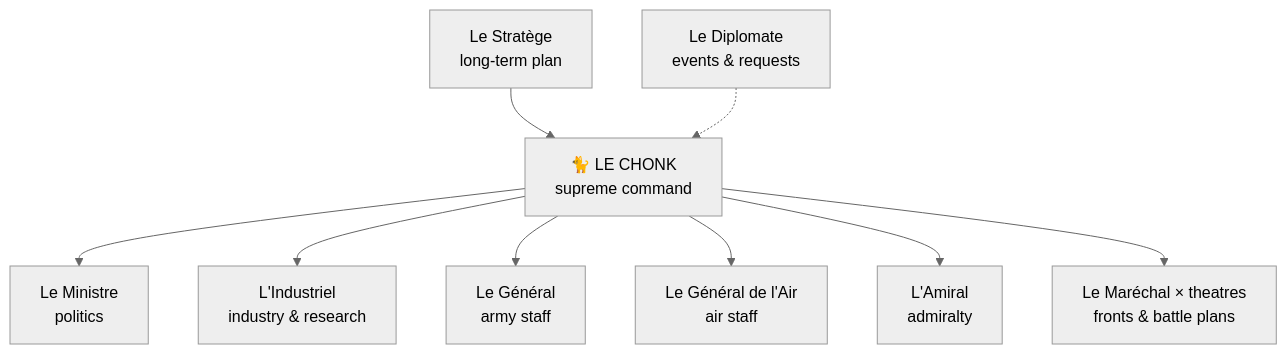
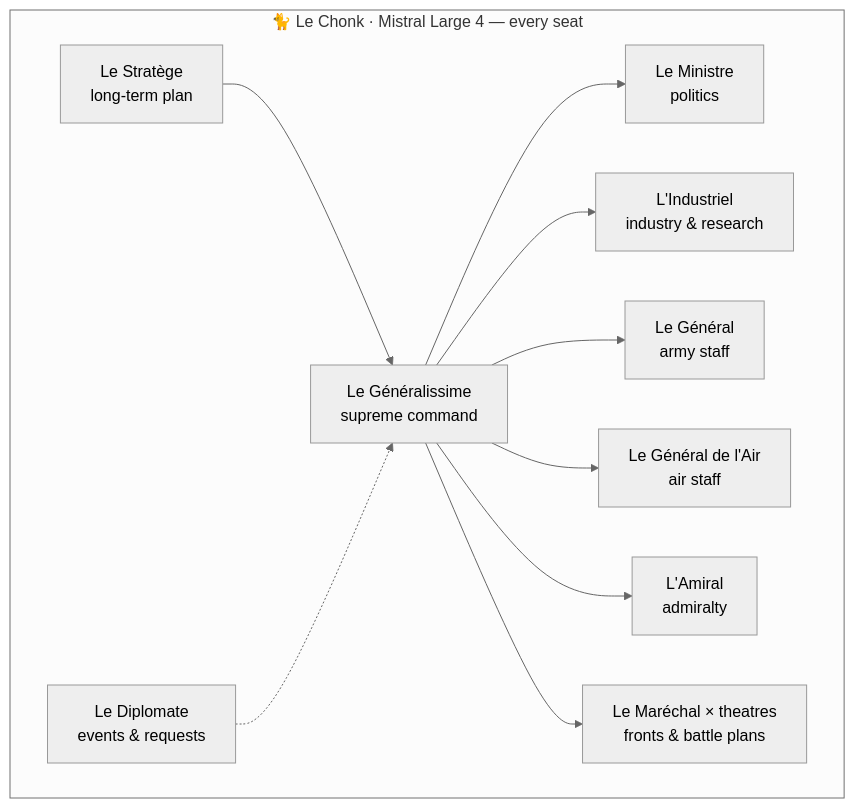
Before and after one commit to shefowl/le-chonk: the diagram in README.md, drawn with Mermaid (neutral theme). The commit also changed other lines of this file, not shown here.

Commit message:
README: HOI4 War Cabinet title; Le Chonk is the model in every seat
Le Chonk is Mistral's codename for Mistral Large 4 and it fills every
role, so the supreme command seat gets its own name (Le Généralissime)
and the cabinet diagram is framed as one model in every seat.

````diff
--- a/README.md
+++ b/README.md
@@ -39,11 +43,13 @@
 ```mermaid
 flowchart TD
-  P["Le Stratège<br/>long-term plan"] --> S["🐈 LE CHONK<br/>supreme command"]
-  D["Le Diplomate<br/>events & requests"] -.-> S
-  S --> M["Le Ministre<br/>politics"]
-  S --> I["L'Industriel<br/>industry & research"]
-  S --> G["Le Général<br/>army staff"]
-  S --> A["Le Général de l'Air<br/>air staff"]
-  S --> N["L'Amiral<br/>admiralty"]
-  S --> F["Le Maréchal × theatres<br/>fronts & battle plans"]
+  subgraph LC["🐈 Le Chonk · Mistral Large 4 — every seat"]
+    P["Le Stratège<br/>long-term plan"] --> S["Le Généralissime<br/>supreme command"]
+    D["Le Diplomate<br/>events & requests"] -.-> S
+    S --> M["Le Ministre<br/>politics"]
+    S --> I["L'Industriel<br/>industry & research"]
+    S --> G["Le Général<br/>army staff"]
+    S --> A["Le Général de l'Air<br/>air staff"]
+    S --> N["L'Amiral<br/>admiralty"]
+    S --> F["Le Maréchal × theatres<br/>fronts & battle plans"]
+  end
 ```
````
